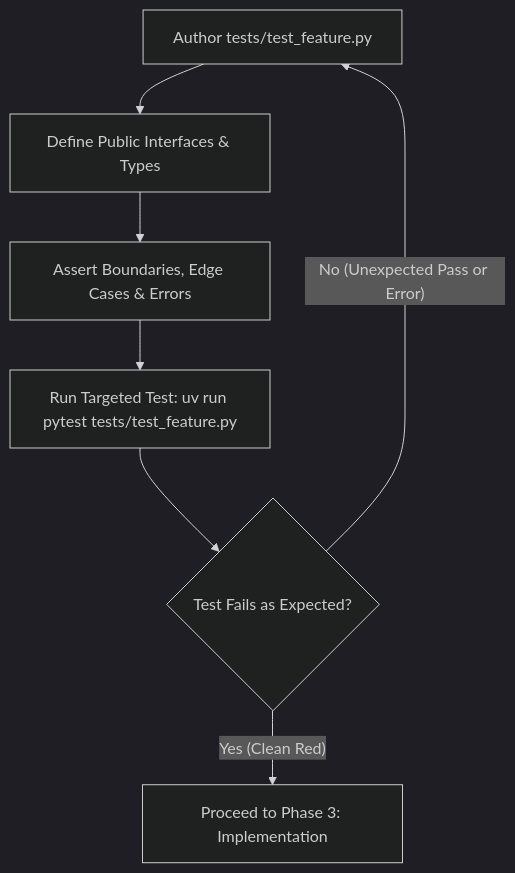
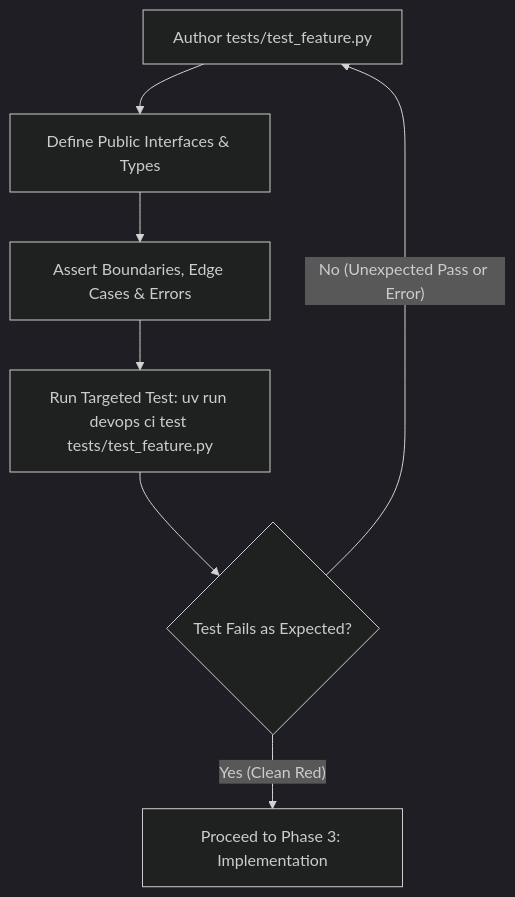
Before and after one commit to dan-petty/devops-cli: the third of 8 diagrams in docs/SDLC.md, drawn with Mermaid (dark theme). The commit also changed other lines of this file and 29 other files, not shown here.

````diff
--- a/docs/SDLC.md
+++ b/docs/SDLC.md
@@ -93,9 +93,9 @@
 ```mermaid
 flowchart TD
     T1[Author tests/test_feature.py] --> T2[Define Public Interfaces & Types]
     T2 --> T3[Assert Boundaries, Edge Cases & Errors]
-    T3 --> T4[Run Targeted Test: uv run pytest tests/test_feature.py]
+    T3 --> T4[Run Targeted Test: uv run devops ci test tests/test_feature.py]
     T4 --> T5{Test Fails as Expected?}
     T5 -- No (Unexpected Pass or Error) --> T1
     T5 -- Yes (Clean Red) --> T6[Proceed to Phase 3: Implementation]
 ```
````
